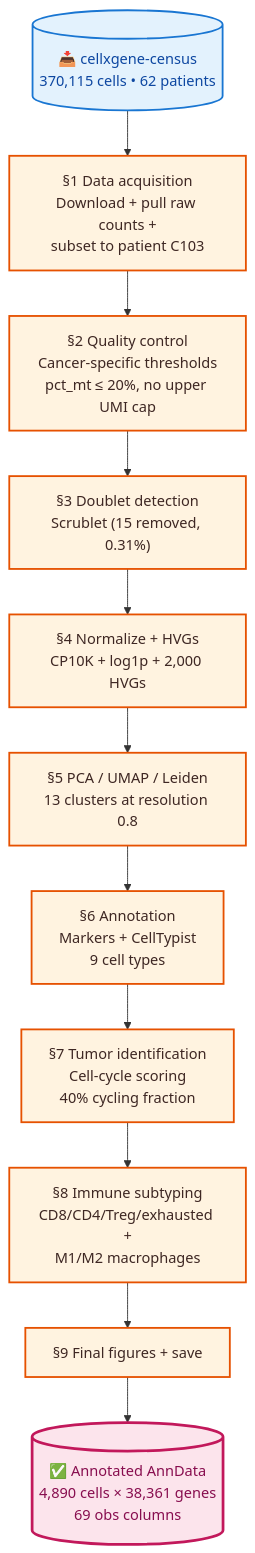
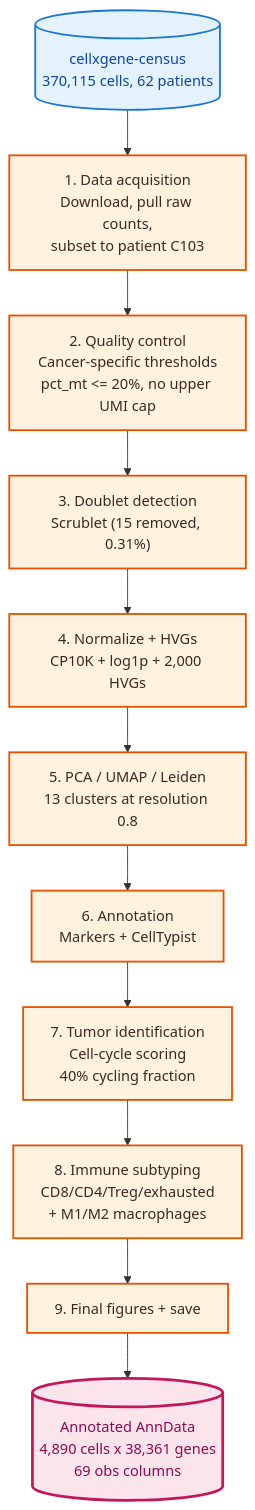
One commit to kumar-aruna/geneformer-finetune-phase-a changed the diagram in README.md. Above: the diagram before and after it, drawn with Mermaid. The commit also changed other lines of this file and 3 other files, not shown here.

````diff
--- a/README.md
+++ b/README.md
@@ -79,20 +60,20 @@
 ```mermaid
 flowchart TB
-    src[("📥 cellxgene-census<br/>370,115 cells • 62 patients")]:::source
-    s1["§1 Data acquisition<br/>Download + pull raw counts +<br/>subset to patient C103"]:::section
-    s2["§2 Quality control<br/>Cancer-specific thresholds<br/>pct_mt ≤ 20%, no upper UMI cap"]:::section
-    s3["§3 Doublet detection<br/>Scrublet (15 removed, 0.31%)"]:::section
-    s4["§4 Normalize + HVGs<br/>CP10K + log1p + 2,000 HVGs"]:::section
-    s5["§5 PCA / UMAP / Leiden<br/>13 clusters at resolution 0.8"]:::section
-    s6["§6 Annotation<br/>Markers + CellTypist<br/>9 cell types"]:::section
-    s7["§7 Tumor identification<br/>Cell-cycle scoring<br/>40% cycling fraction"]:::section
-    s8["§8 Immune subtyping<br/>CD8/CD4/Treg/exhausted +<br/>M1/M2 macrophages"]:::section
-    s9["§9 Final figures + save"]:::section
-    final[("✅ Annotated AnnData<br/>4,890 cells × 38,361 genes<br/>69 obs columns")]:::final
+    src[("cellxgene-census<br/>370,115 cells, 62 patients")]:::source
+    s1["1. Data acquisition<br/>Download, pull raw counts,<br/>subset to patient C103"]:::section
+    s2["2. Quality control<br/>Cancer-specific thresholds<br/>pct_mt <= 20%, no upper UMI cap"]:::section
+    s3["3. Doublet detection<br/>Scrublet (15 removed, 0.31%)"]:::section
+    s4["4. Normalize + HVGs<br/>CP10K + log1p + 2,000 HVGs"]:::section
+    s5["5. PCA / UMAP / Leiden<br/>13 clusters at resolution 0.8"]:::section
+    s6["6. Annotation<br/>Markers + CellTypist"]:::section
+    s7["7. Tumor identification<br/>Cell-cycle scoring<br/>40% cycling fraction"]:::section
+    s8["8. Immune subtyping<br/>CD8/CD4/Treg/exhausted<br/>+ M1/M2 macrophages"]:::section
+    s9["9. Final figures + save"]:::section
+    final[("Annotated AnnData<br/>4,890 cells x 38,361 genes<br/>69 obs columns")]:::final
 
     src --> s1 --> s2 --> s3 --> s4 --> s5 --> s6 --> s7 --> s8 --> s9 --> final
 
     classDef source  fill:#E3F2FD,stroke:#1976D2,stroke-width:2px,color:#0D47A1
     classDef section fill:#FFF3E0,stroke:#E65100,stroke-width:2px,color:#3E2723
     classDef final   fill:#FCE4EC,stroke:#C2185B,stroke-width:3px,color:#880E4F
 ```
````
